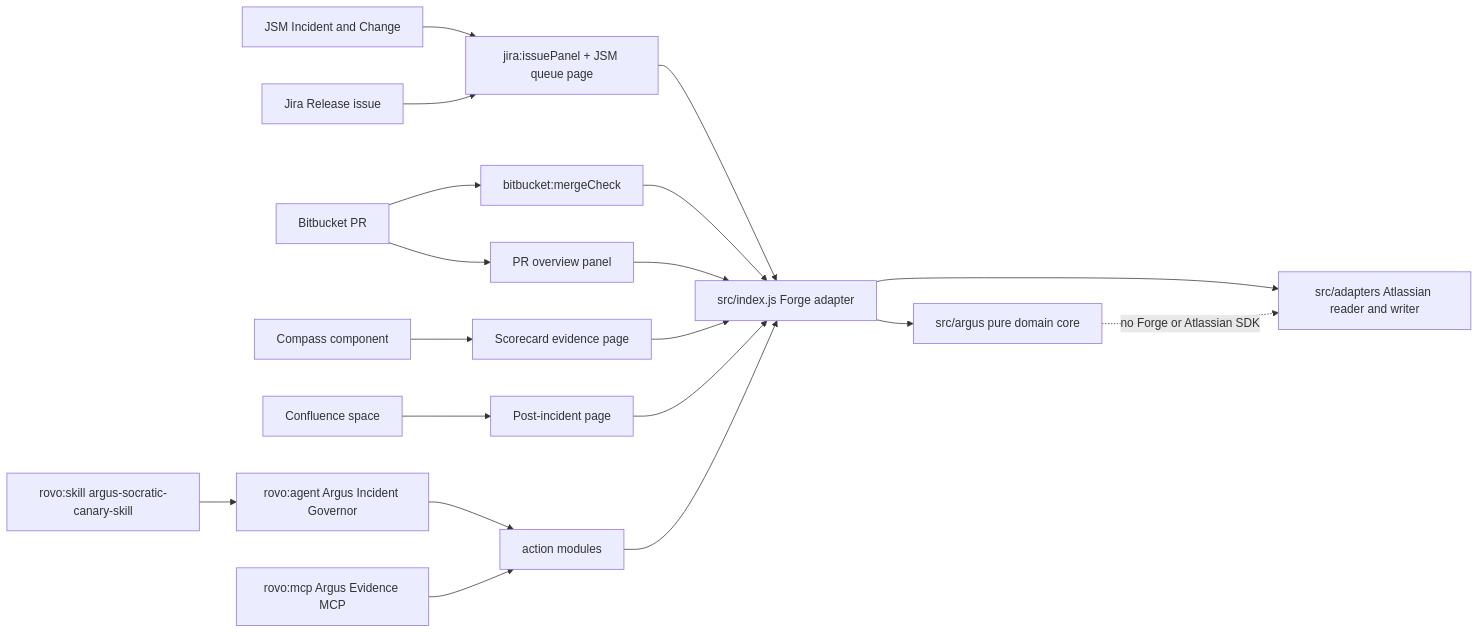
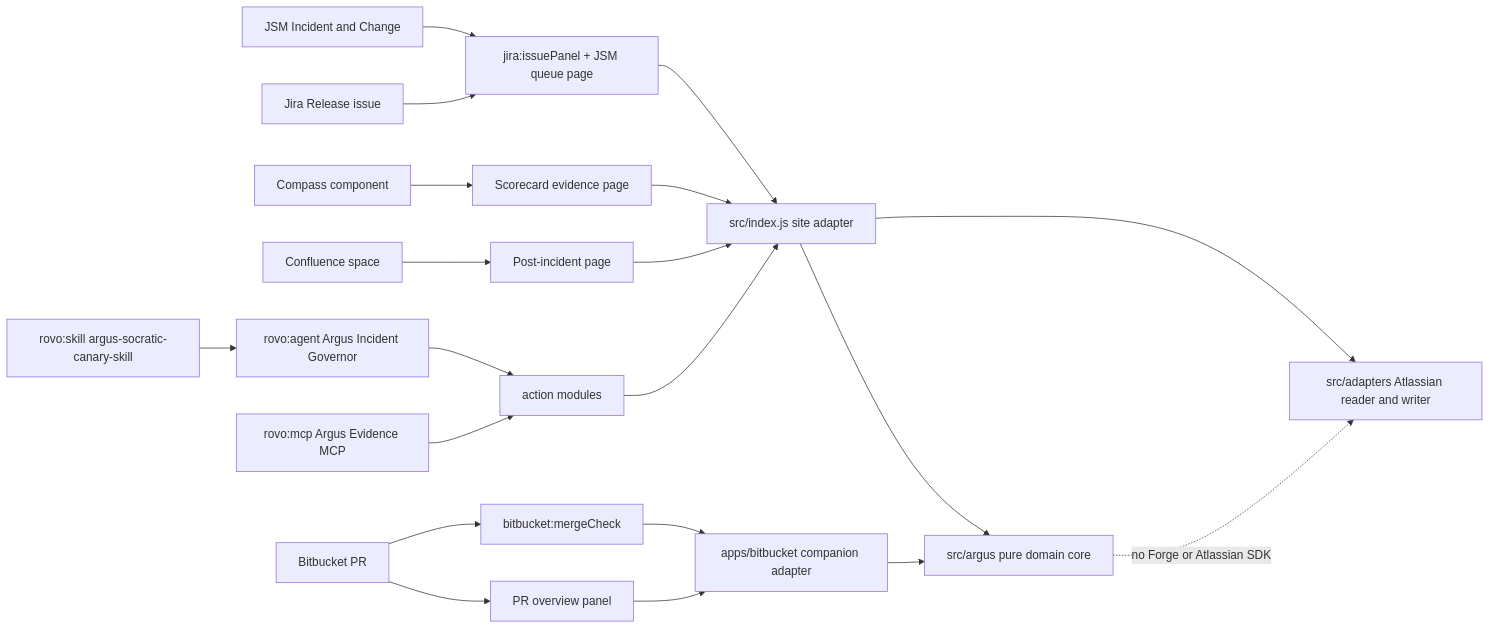
Before and after one commit to upgradedev/argus-atlassian: the first of 2 diagrams in README.md, drawn with Mermaid. The commit also changed other lines of this file and 20 other files, not shown here.

First line of the commit message:
fix(forge): record registered app and split Bitbucket companion (#15)

````diff
--- a/README.md
+++ b/README.md
@@ -92,21 +92,22 @@
 ```mermaid
 flowchart LR
   JSM[JSM Incident and Change] --> Panel[jira:issuePanel + JSM queue page]
   Jira[Jira Release issue] --> Panel
   BB[Bitbucket PR] --> Merge[bitbucket:mergeCheck]
   BB --> PRPanel[PR overview panel]
   Compass[Compass component] --> CPage[Scorecard evidence page]
   Conf[Confluence space] --> PIR[Post-incident page]
-  Panel --> Adapter[src/index.js Forge adapter]
-  Merge --> Adapter
-  PRPanel --> Adapter
+  Panel --> Adapter[src/index.js site adapter]
+  Merge --> BBAdapter[apps/bitbucket companion adapter]
+  PRPanel --> BBAdapter
   CPage --> Adapter
   PIR --> Adapter
   Agent[rovo:agent Argus Incident Governor] --> Actions[action modules]
   MCP[rovo:mcp Argus Evidence MCP] --> Actions
   Skill[rovo:skill argus-socratic-canary-skill] --> Agent
   Actions --> Adapter
   Adapter --> Core[src/argus pure domain core]
+  BBAdapter --> Core
   Adapter --> Atl[src/adapters Atlassian reader and writer]
   Core -. no Forge or Atlassian SDK .-> Atl
 ```
````
